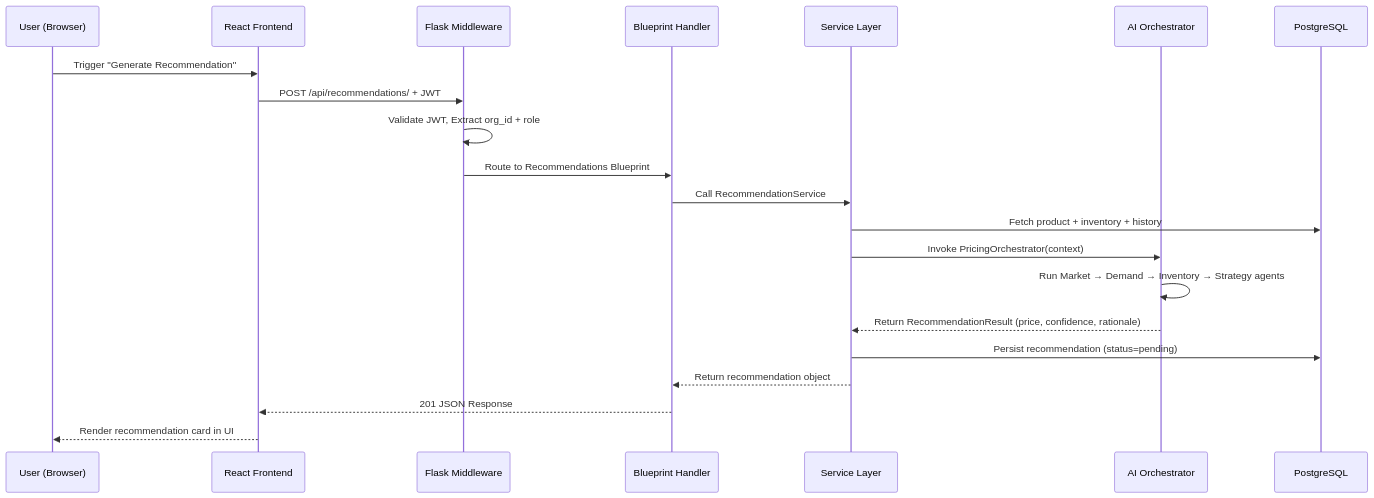
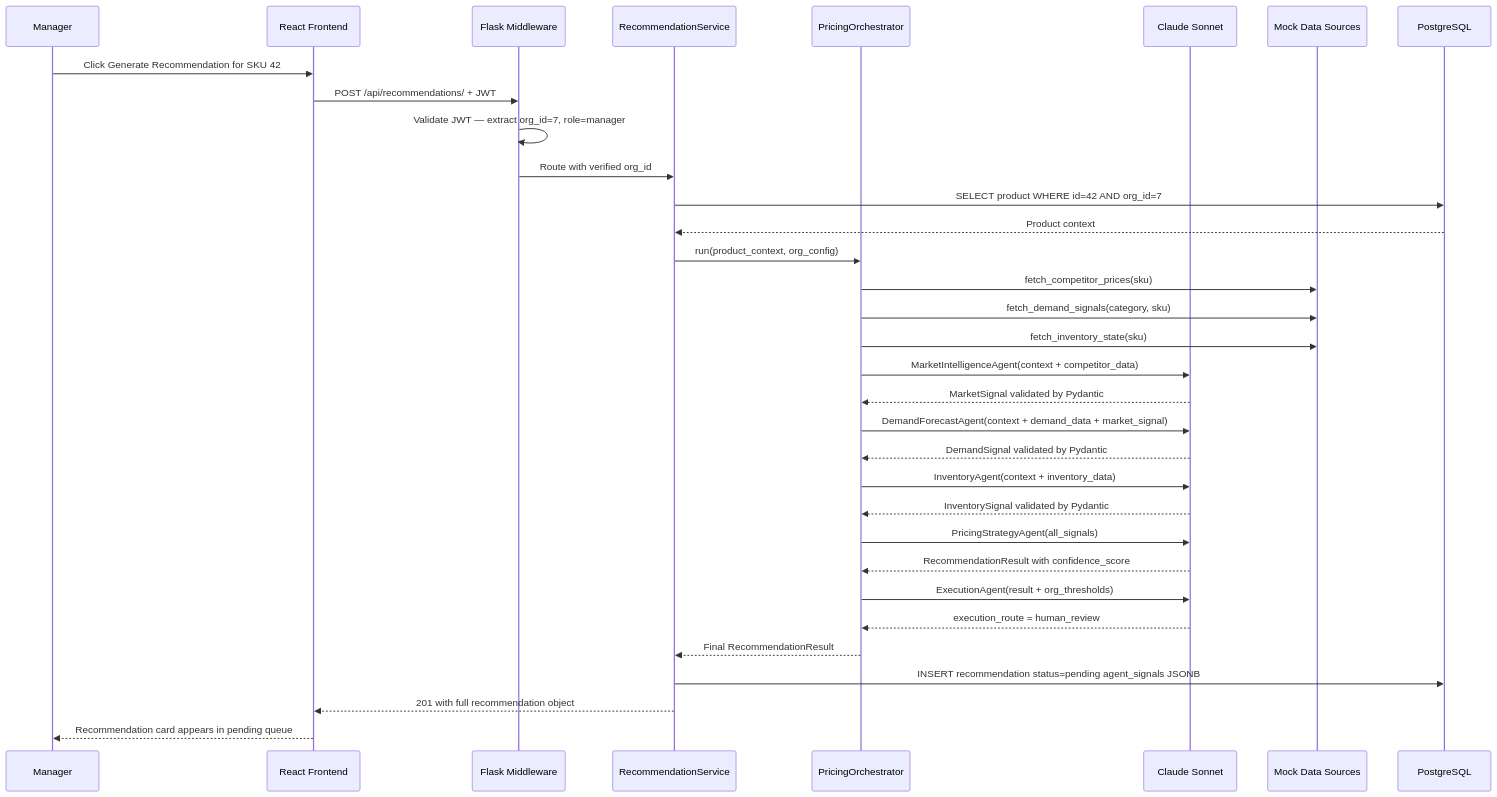
Before and after one commit to parthTyagi-tech/dynamic-pricing-intelligence-platform: the fifth of 6 diagrams in README.md, drawn with Mermaid. The commit also changed other lines of this file, not shown here.

````diff
--- a/README.md
+++ b/README.md
@@ -215,24 +389,44 @@
 ```mermaid
 sequenceDiagram
-    participant U as User (Browser)
+    participant U as Manager
     participant F as React Frontend
     participant MW as Flask Middleware
-    participant BP as Blueprint Handler
-    participant SVC as Service Layer
-    participant AI as AI Orchestrator
+    participant SVC as RecommendationService
+    participant ORC as PricingOrchestrator
+    participant LLM as Claude Sonnet
+    participant MOCK as Mock Data Sources
     participant DB as PostgreSQL
 
-    U->>F: Trigger "Generate Recommendation"
+    U->>F: Click Generate Recommendation for SKU 42
     F->>MW: POST /api/recommendations/ + JWT
-    MW->>MW: Validate JWT, Extract org_id + role
-    MW->>BP: Route to Recommendations Blueprint
-    BP->>SVC: Call RecommendationService
-    SVC->>DB: Fetch product + inventory + history
-    SVC->>AI: Invoke PricingOrchestrator(context)
-    AI->>AI: Run Market → Demand → Inventory → Strategy agents
-    AI-->>SVC: Return RecommendationResult (price, confidence, rationale)
-    SVC->>DB: Persist recommendation (status=pending)
-    SVC-->>BP: Return recommendation object
-    BP-->>F: 201 JSON Response
-    F-->>U: Render recommendation card in UI
+    MW->>MW: Validate JWT — extract org_id=7, role=manager
+    MW->>SVC: Route with verified org_id
+
+    SVC->>DB: SELECT product WHERE id=42 AND org_id=7
+    DB-->>SVC: Product context
+
+    SVC->>ORC: run(product_context, org_config)
+    ORC->>MOCK: fetch_competitor_prices(sku)
+    ORC->>MOCK: fetch_demand_signals(category, sku)
+    ORC->>MOCK: fetch_inventory_state(sku)
+
+    ORC->>LLM: MarketIntelligenceAgent(context + competitor_data)
+    LLM-->>ORC: MarketSignal validated by Pydantic
+
+    ORC->>LLM: DemandForecastAgent(context + demand_data + market_signal)
+    LLM-->>ORC: DemandSignal validated by Pydantic
+
+    ORC->>LLM: InventoryAgent(context + inventory_data)
+    LLM-->>ORC: InventorySignal validated by Pydantic
+
+    ORC->>LLM: PricingStrategyAgent(all_signals)
+    LLM-->>ORC: RecommendationResult with confidence_score
+
+    ORC->>LLM: ExecutionAgent(result + org_thresholds)
+    LLM-->>ORC: execution_route = human_review
+
+    ORC-->>SVC: Final RecommendationResult
+    SVC->>DB: INSERT recommendation status=pending agent_signals JSONB
+    SVC-->>F: 201 with full recommendation object
+    F-->>U: Recommendation card appears in pending queue
 ```
````
